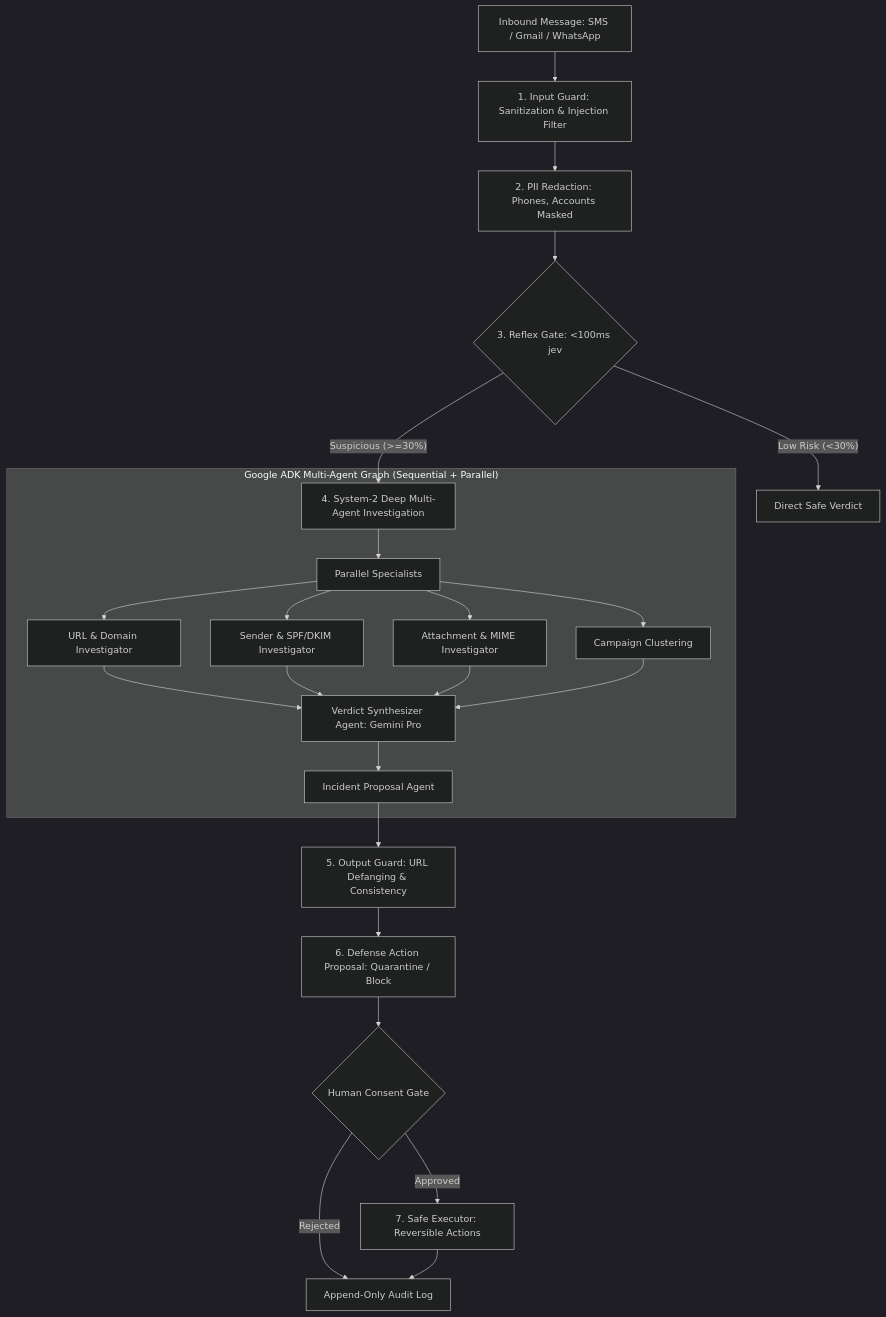
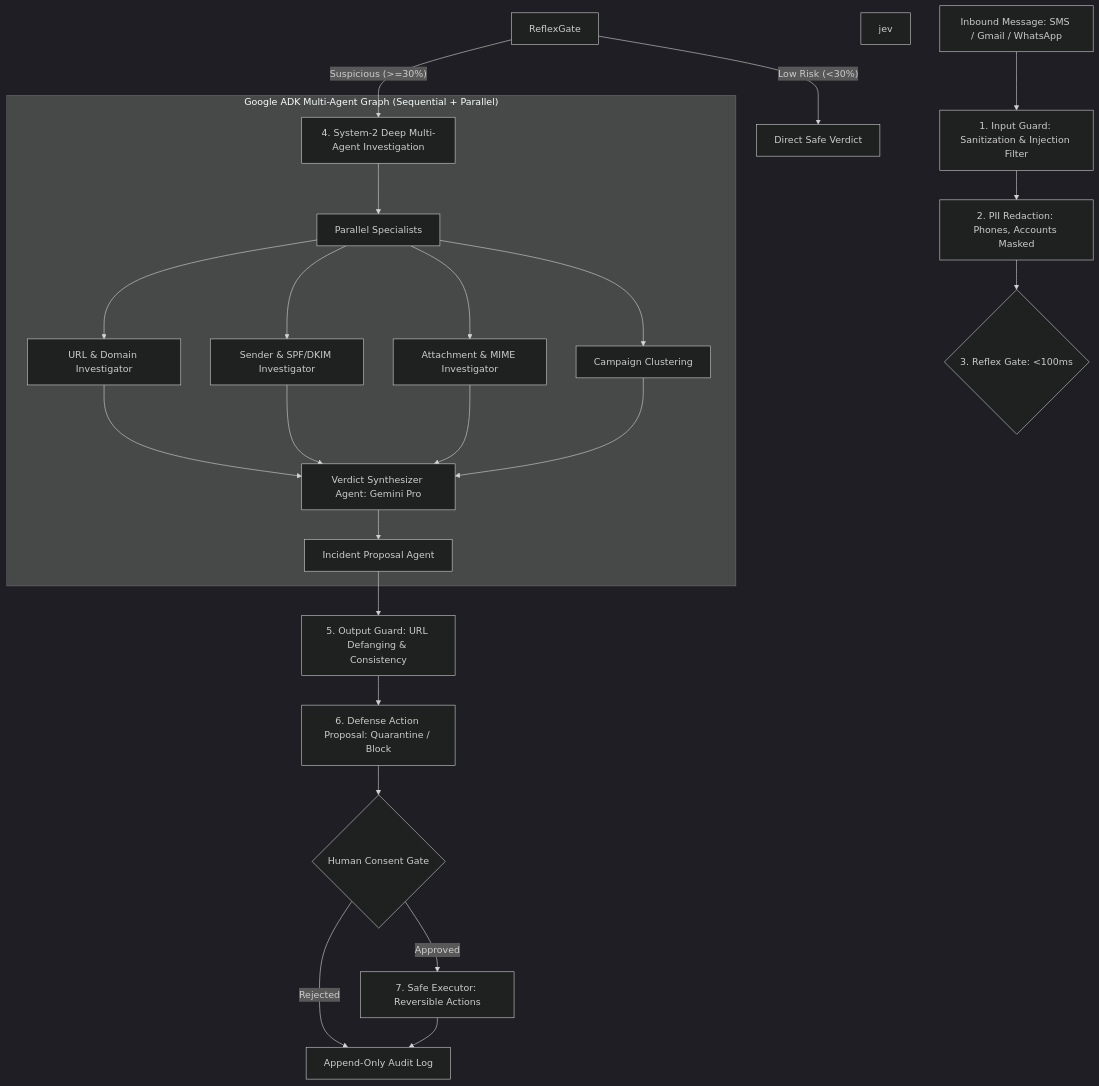
One commit to NANDAVELAN/scamshield changed the diagram in README.md. Above: the diagram before and after it, drawn with Mermaid (dark theme).

Commit message:
Fix typo in ReflexGate label in README

````diff
--- a/README.md
+++ b/README.md
@@ -56,30 +56,31 @@
 ```mermaid
 graph TD
     Inbound[Inbound Message: SMS / Gmail / WhatsApp] --> InputGuard[1. Input Guard: Sanitization & Injection Filter]
     InputGuard --> Redact[2. PII Redaction: Phones, Accounts Masked]
-    Redact --> ReflexGate{3. Reflex Gate: <100ms jev}
+    Redact --> ReflexGateReflexGate{3. Reflex Gate: <100ms}
+jev
     
     ReflexGate -- "Low Risk (<30%)" --> FastVerdict[Direct Safe Verdict]
     ReflexGate -- "Suspicious (>=30%)" --> Investigation[4. System-2 Deep Multi-Agent Investigation]
     
     subgraph "Google ADK Multi-Agent Graph (Sequential + Parallel)"
         Investigation --> ParallelAgents["Parallel Specialists"]
         ParallelAgents --> URLAgent[URL & Domain Investigator]
         ParallelAgents --> SenderAgent[Sender & SPF/DKIM Investigator]
         ParallelAgents --> AttachAgent[Attachment & MIME Investigator]
         ParallelAgents --> CampaignAgent[Campaign Clustering]
         
         URLAgent --> Synthesizer[Verdict Synthesizer Agent: Gemini Pro]
         SenderAgent --> Synthesizer
         AttachAgent --> Synthesizer
         CampaignAgent --> Synthesizer
         Synthesizer --> IncidentAgent[Incident Proposal Agent]
     end
     
     IncidentAgent --> OutputGuard[5. Output Guard: URL Defanging & Consistency]
     OutputGuard --> ProposedAction[6. Defense Action Proposal: Quarantine / Block]
     ProposedAction --> HumanGate{Human Consent Gate}
     HumanGate -- Approved --> Executor[7. Safe Executor: Reversible Actions]
     HumanGate -- Rejected --> AuditLog[Append-Only Audit Log]
     Executor --> AuditLog
 ```
````
